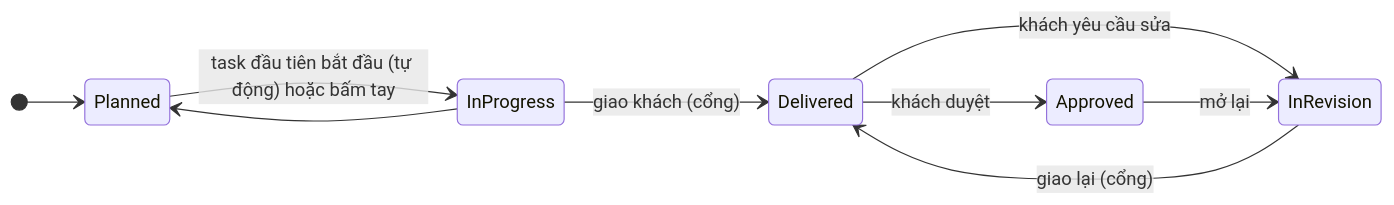
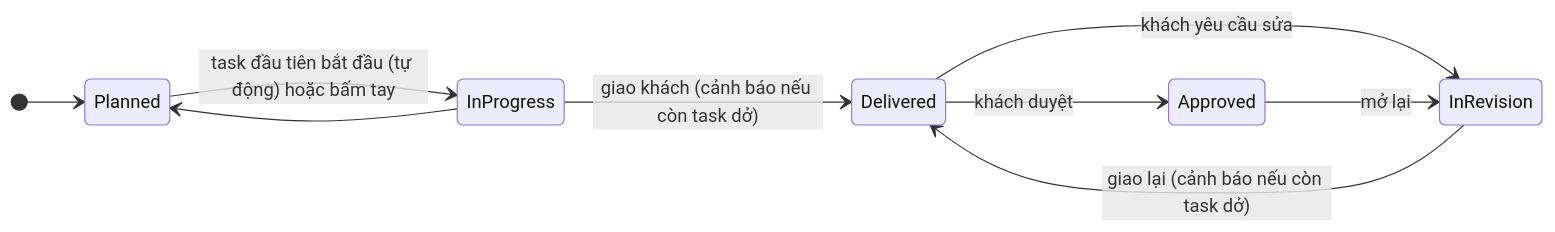
Before and after one commit to Capstone-GFA26SE116/Backend: the fourth of 5 diagrams in docs/STATUS_WORKFLOW.md, drawn with Mermaid. The commit also changed other lines of this file and 26 other files, not shown here.

````diff
--- a/docs/STATUS_WORKFLOW.md
+++ b/docs/STATUS_WORKFLOW.md
@@ -146,12 +146,12 @@
 ```mermaid
 stateDiagram-v2
     direction LR
     [*] --> Planned
     Planned --> InProgress : task đầu tiên bắt đầu (tự động) hoặc bấm tay
     InProgress --> Planned
-    InProgress --> Delivered : giao khách (cổng)
+    InProgress --> Delivered : giao khách (cảnh báo nếu còn task dở)
     Delivered --> InRevision : khách yêu cầu sửa
     Delivered --> Approved : khách duyệt
-    InRevision --> Delivered : giao lại (cổng)
+    InRevision --> Delivered : giao lại (cảnh báo nếu còn task dở)
     Approved --> InRevision : mở lại
 ```
````
